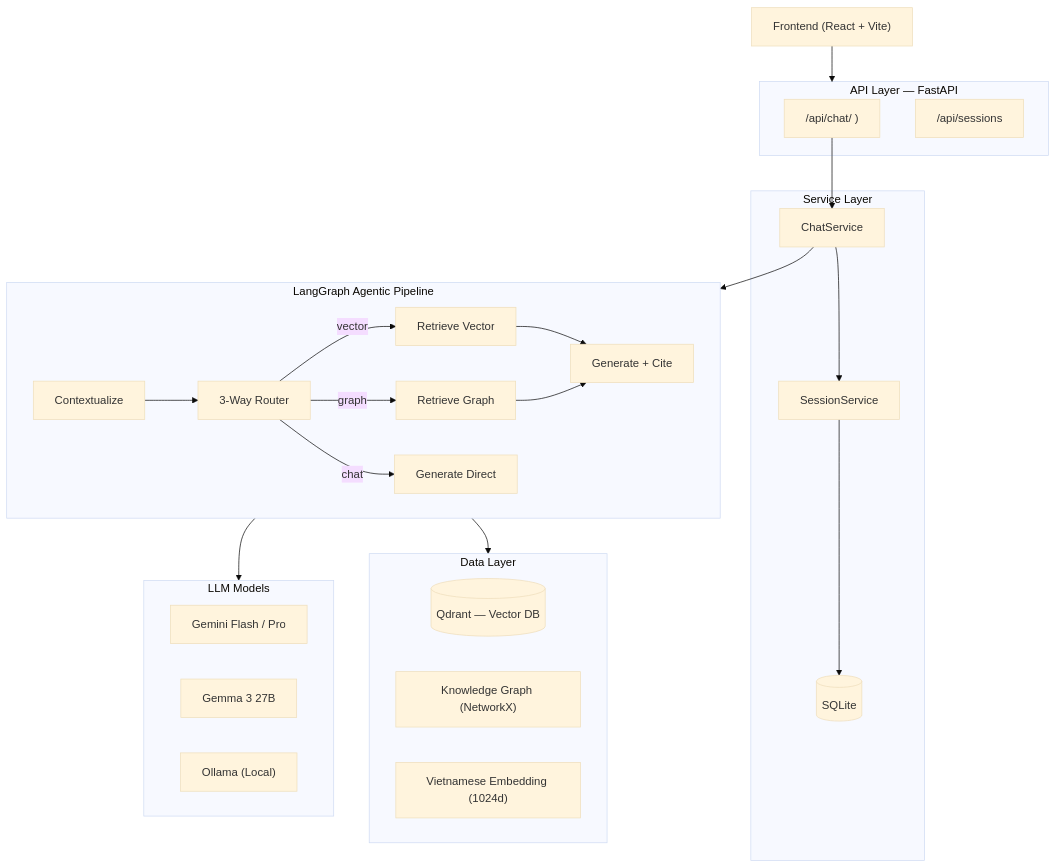
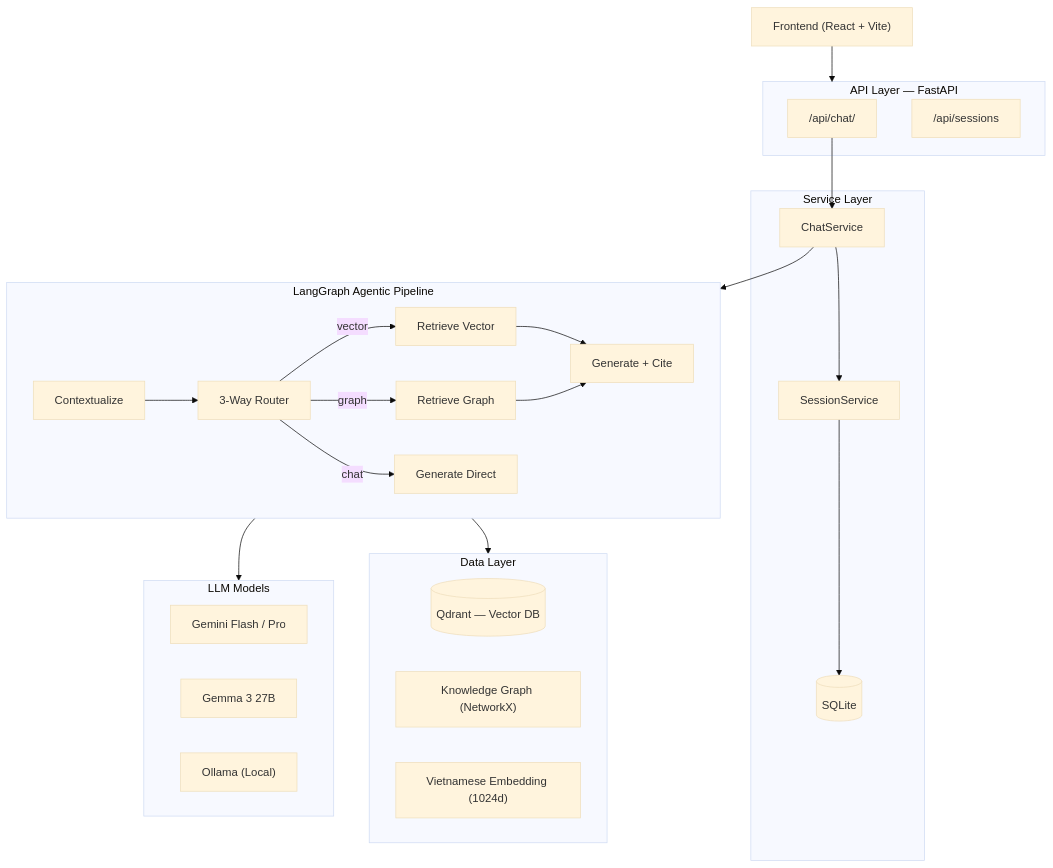
One commit to cakho6179/RagLaw changed the first of 2 diagrams in README.md. Above: the diagram before and after it, drawn with Mermaid (base theme).

````diff
--- a/README.md
+++ b/README.md
@@ -92,41 +92,41 @@
 ```mermaid
 flowchart TB
     Client["Frontend (React + Vite)"] --> API
 
     subgraph API["API Layer — FastAPI"]
-        STREAM["/api/chat/ )"]
+        STREAM["/api/chat/"]
         SESS["/api/sessions"]
     end
 
     subgraph Service["Service Layer"]
         CS["ChatService"] --> SS["SessionService"]
         SS --> DB[("SQLite")]
     end
 
     subgraph Pipeline["LangGraph Agentic Pipeline"]
         direction LR
         CTX["Contextualize"] --> ROUTE["3-Way Router"]
         ROUTE -->|vector| RV["Retrieve Vector"]
         ROUTE -->|graph| RG["Retrieve Graph"]
         ROUTE -->|chat| GD["Generate Direct"]
         RV --> GEN["Generate + Cite"]
         RG --> GEN
     end
 
     subgraph Data["Data Layer"]
         QD[("Qdrant — Vector DB")]
         KG["Knowledge Graph (NetworkX)"]
         EMB["Vietnamese Embedding (1024d)"]
     end
 
     subgraph LLMs["LLM Models"]
         GF["Gemini Flash / Pro"]
         GM["Gemma 3 27B"]
         OL["Ollama (Local)"]
     end
 
     STREAM --> CS
     CS --> Pipeline
     Pipeline --> Data
     Pipeline --> LLMs
 ```
````
